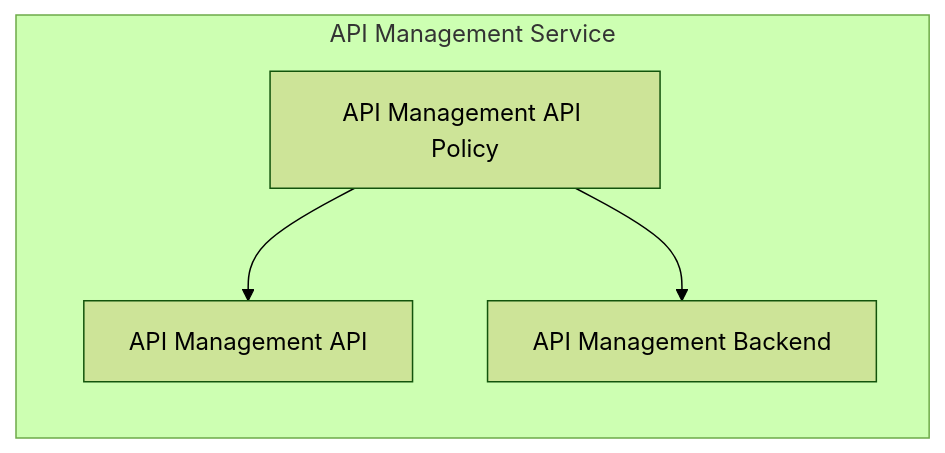
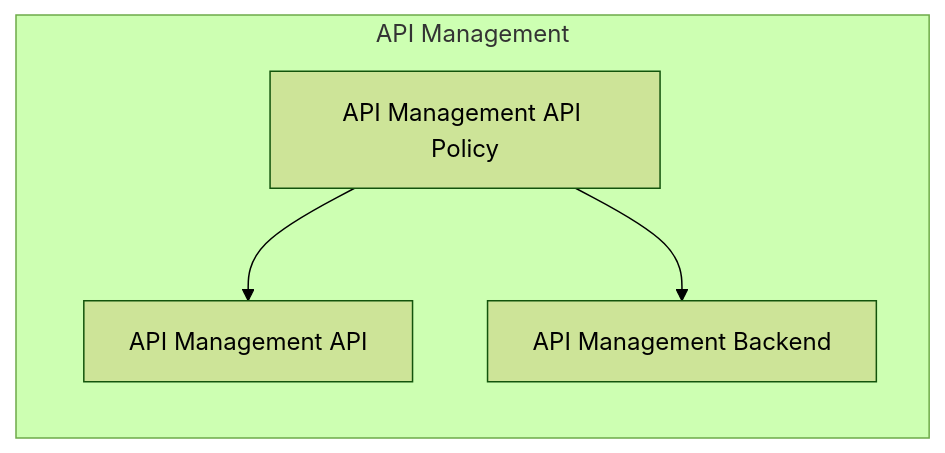
The diagram in infra/resources/_modules/api/graph.md (pagopa/dx-playground), drawn with Mermaid (forest theme) before and after one commit. The commit also changed 4 other files, not shown here.

Commit message:
docs(autodocs): ✨ Update Mermaid diagrams from PR #1f5790d283f67988fb2094a854eff16dacc1e420

````diff
--- a/infra/resources/_modules/api/graph.md
+++ b/infra/resources/_modules/api/graph.md
@@ -1,11 +1,11 @@
 ```mermaid
 graph LR
-subgraph API Management Service
-  API["API Management API"]
-  Policy["API Management API Policy"]
-  Backend["API Management Backend"]
-end
+  subgraph API Management
+    ApiManagementApi["API Management API"]
+    ApiManagementApiPolicy["API Management API Policy"]
+    ApiManagementBackend["API Management Backend"]
+  end
 
-Policy --> API
-Policy --> Backend
+  ApiManagementApiPolicy --> ApiManagementApi
+  ApiManagementApiPolicy --> ApiManagementBackend
 ```
````
